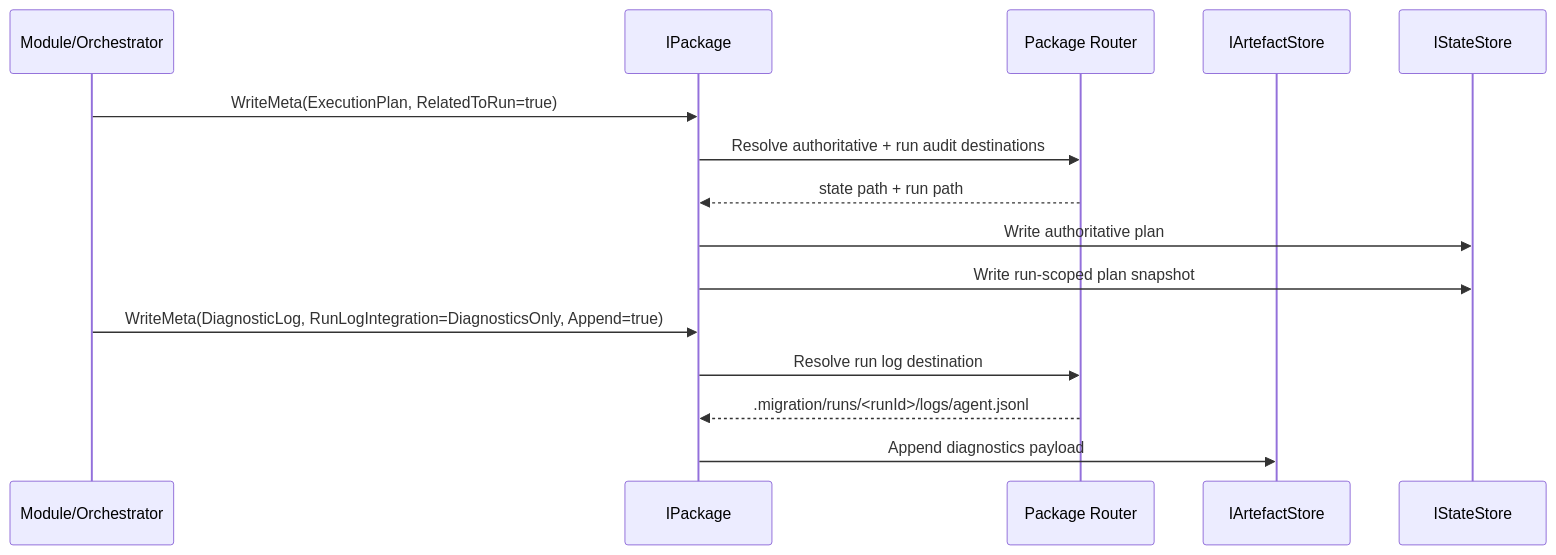
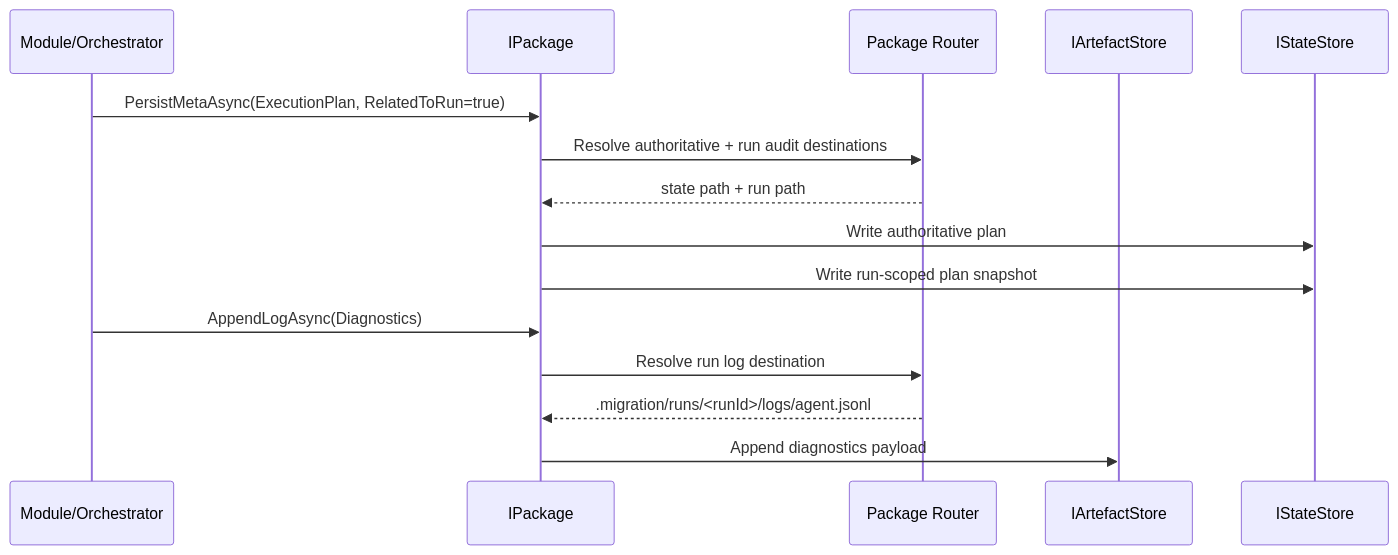
The diagram in .agents/context/architecture/agent-package-boundary.md (nkdAgility/azure-devops-migration-platform), drawn with Mermaid before and after one commit. The commit also changed other lines of this file and 1 other file, not shown here.

Commit message:
feat: Enhance package boundary with logging capabilities and update related contracts

````diff
--- a/.agents/context/architecture/agent-package-boundary.md
+++ b/.agents/context/architecture/agent-package-boundary.md
@@ -225,19 +273,19 @@
 ```mermaid
 sequenceDiagram
   participant M as Module/Orchestrator
   participant P as IPackage
   participant R as Package Router
   participant AS as IArtefactStore
   participant SS as IStateStore
 
-  M->>P: WriteMeta(ExecutionPlan, RelatedToRun=true)
+  M->>P: PersistMetaAsync(ExecutionPlan, RelatedToRun=true)
   P->>R: Resolve authoritative + run audit destinations
   R-->>P: state path + run path
   P->>SS: Write authoritative plan
   P->>SS: Write run-scoped plan snapshot
 
-  M->>P: WriteMeta(DiagnosticLog, RunLogIntegration=DiagnosticsOnly, Append=true)
+  M->>P: AppendLogAsync(Diagnostics)
   P->>R: Resolve run log destination
   R-->>P: .migration/runs/<runId>/logs/agent.jsonl
   P->>AS: Append diagnostics payload
 ```
````
